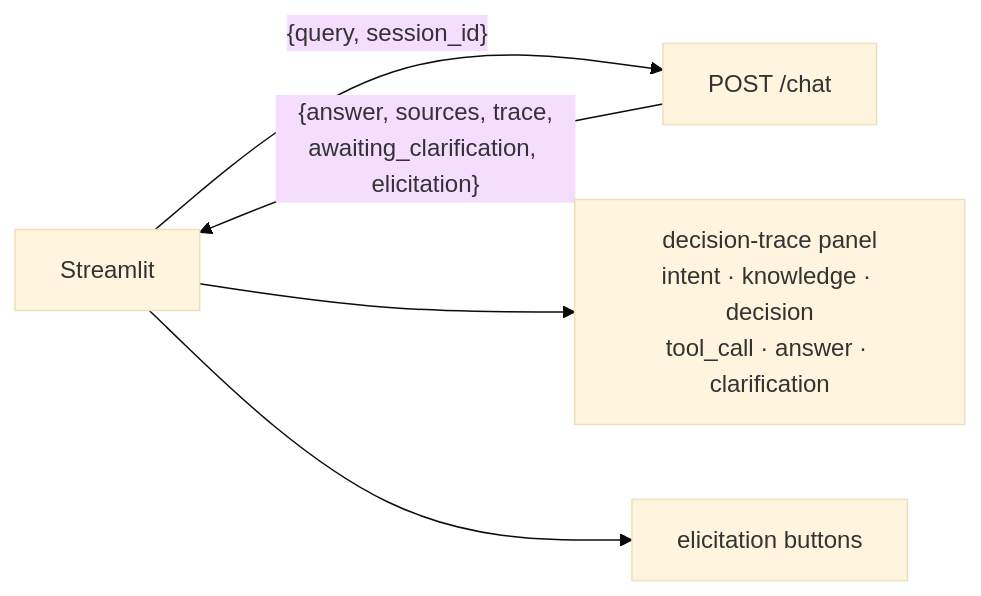
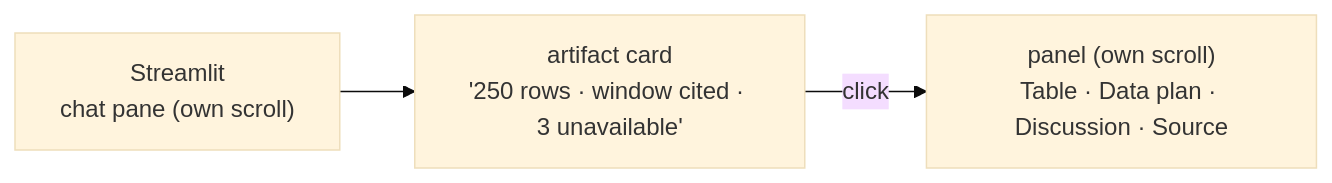
The sixth of 7 diagrams in README.md (KrishnaAnnavaram/semantic-mcp-data-access-gateway), drawn with Mermaid (base theme) before and after one commit. The commit also changed other lines of this file, not shown here.

First line of the commit message:
docs: complete end-to-end README with high-level and detailed diagrams

````diff
--- a/README.md
+++ b/README.md
@@ -303,12 +368,7 @@
 ```mermaid
 flowchart LR
-    ST["Streamlit"]
-    API["POST /chat"]
-    PANEL["decision-trace panel<br/>intent · knowledge · decision<br/>tool_call · answer · clarification"]
-    BTN["elicitation buttons"]
-
-    ST -->|"{query, session_id}"| API
-    API -->|"{answer, sources, trace,<br/>awaiting_clarification, elicitation}"| ST
-    ST --> PANEL
-    ST --> BTN
+    ST["Streamlit<br/>chat pane (own scroll)"]
+    CARD["artifact card<br/>'250 rows · window cited · 3 unavailable'"]
+    PANEL["panel (own scroll)<br/>Table · Data plan · Discussion · Source"]
+    ST --> CARD -->|click| PANEL
 ```
````
